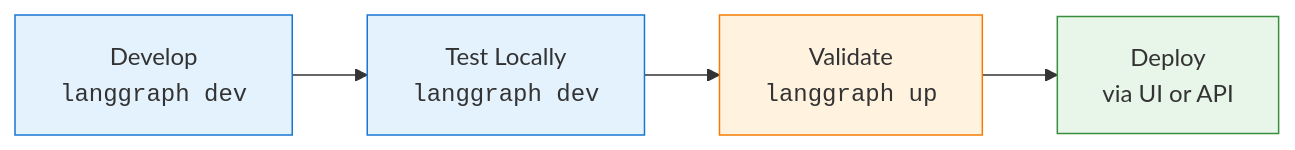
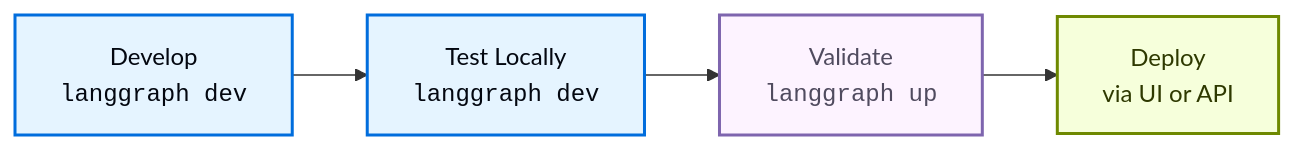
One commit to tom1299/docs changed the diagram in build/langsmith/local-dev-testing.mdx. Above: the diagram before and after it, drawn with Mermaid. The commit also changed other lines of this file and 6550 other files, not shown here.

````diff
--- a/build/langsmith/local-dev-testing.mdx
+++ b/build/langsmith/local-dev-testing.mdx
@@ -32,9 +32,9 @@
 ```mermaid
 flowchart LR
     A["Develop<br/><code>langgraph dev</code>"] --> B["Test Locally<br/><code>langgraph dev</code>"] --> C["Validate<br/><code>langgraph up</code>"] --> D["Deploy<br/>via UI or API"]
 
-    style A fill:#e3f2fd,stroke:#1976d2
-    style B fill:#e3f2fd,stroke:#1976d2
-    style C fill:#fff3e0,stroke:#f57c00
-    style D fill:#e8f5e9,stroke:#388e3c
+    style A fill:#E5F4FF,stroke:#006DDD,stroke-width:2px,color:#030710
+    style B fill:#E5F4FF,stroke:#006DDD,stroke-width:2px,color:#030710
+    style C fill:#FDF3FF,stroke:#7E65AE,stroke-width:2px,color:#504B5F
+    style D fill:#F6FFDB,stroke:#6E8900,stroke-width:2px,color:#2E3900
 ```
````
